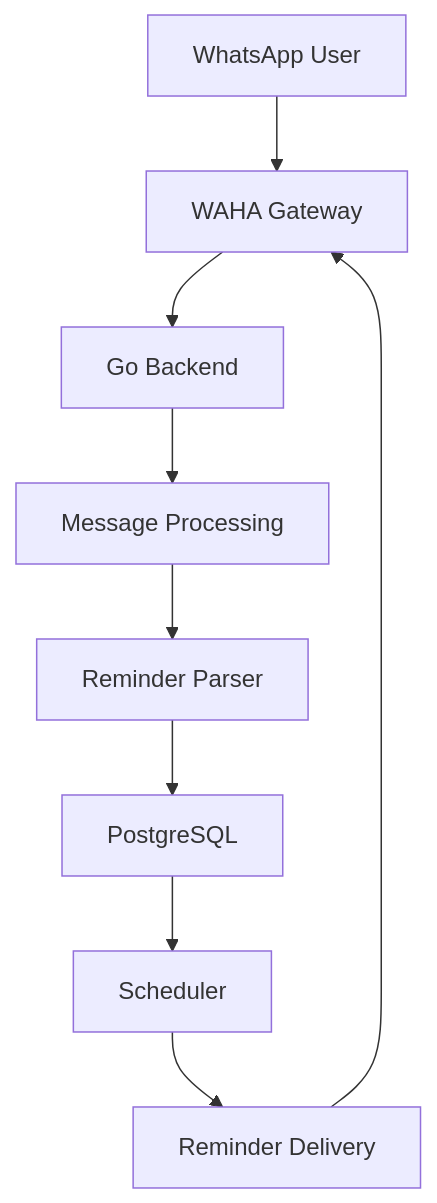
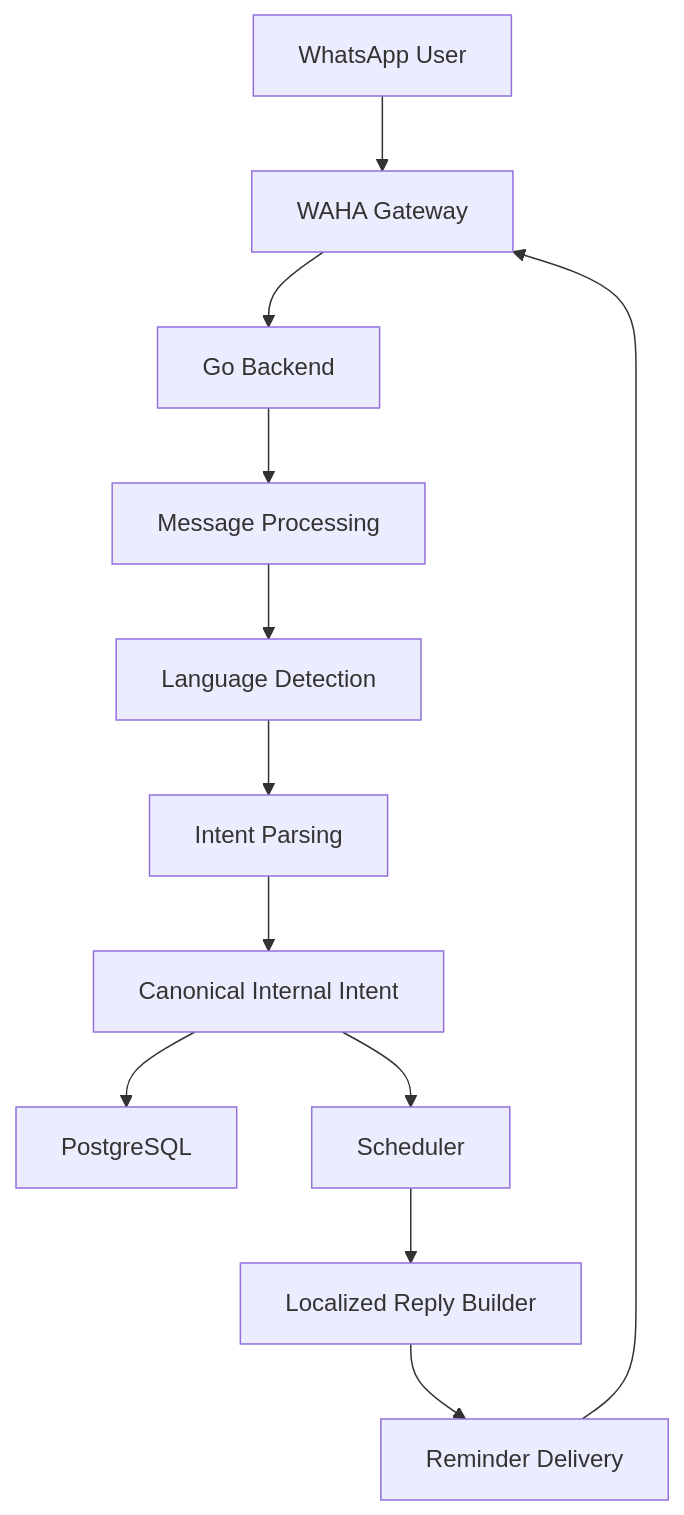
One commit to nazhifsetya27/Nemoris changed the diagram in README.md. Above: the diagram before and after it, drawn with Mermaid. The commit also changed other lines of this file and 26 other files, not shown here.

````diff
--- a/README.md
+++ b/README.md
@@ -74,12 +80,15 @@
 ```mermaid
 flowchart TD
 
 A[WhatsApp User] --> B[WAHA Gateway]
 B --> C[Go Backend]
 C --> D[Message Processing]
-D --> E[Reminder Parser]
-E --> F[PostgreSQL]
-F --> G[Scheduler]
-G --> H[Reminder Delivery]
-H --> B
+D --> E[Language Detection]
+E --> F[Intent Parsing]
+F --> G[Canonical Internal Intent]
+G --> H[PostgreSQL]
+G --> I[Scheduler]
+I --> J[Localized Reply Builder]
+J --> K[Reminder Delivery]
+K --> B
 ```
````
